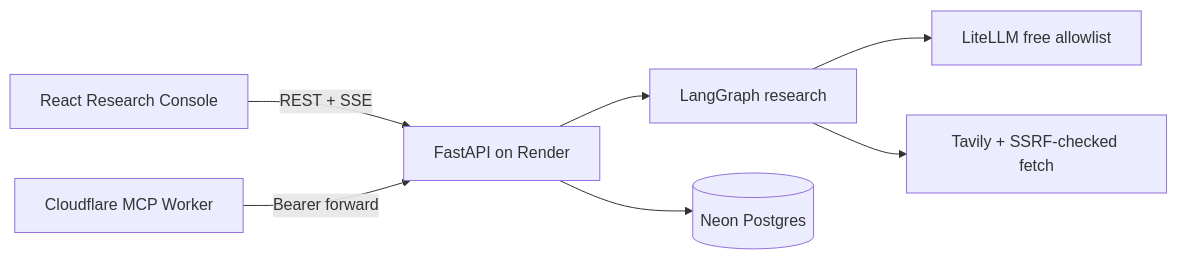
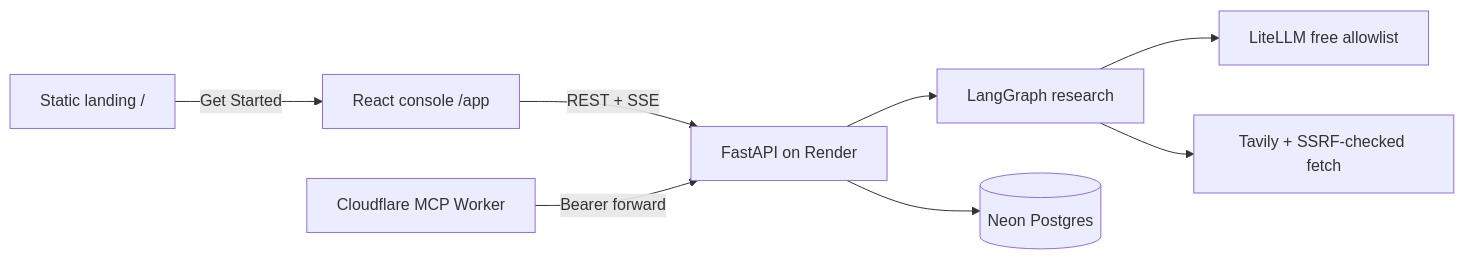
The diagram in README.md (sumitjadhav1703/Multi_agent_research_system), drawn with Mermaid before and after one commit. The commit also changed other lines of this file, not shown here.

````diff
--- a/README.md
+++ b/README.md
@@ -56,9 +113,10 @@
 ```mermaid
 flowchart LR
-  Console[React Research Console] -->|REST + SSE| API[FastAPI on Render]
+  Landing[Static landing /] -->|Get Started| Console[React console /app]
+  Console -->|REST + SSE| API[FastAPI on Render]
   MCP[Cloudflare MCP Worker] -->|Bearer forward| API
   API --> Graph[LangGraph research]
   API --> Neon[(Neon Postgres)]
   Graph --> LiteLLM[LiteLLM free allowlist]
   Graph --> Search[Tavily + SSRF-checked fetch]
 ```
````
